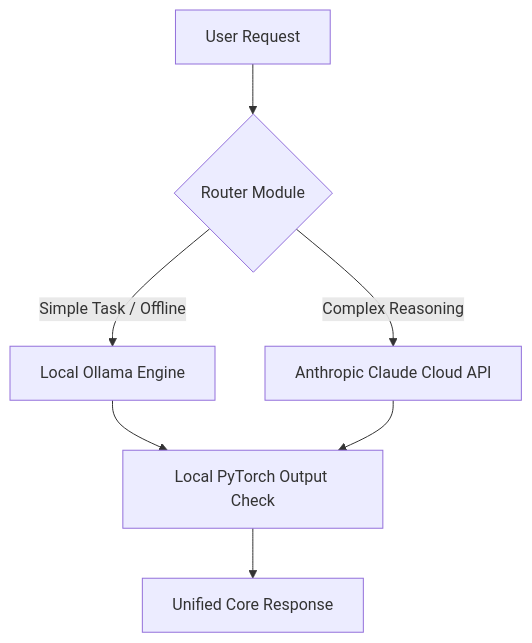
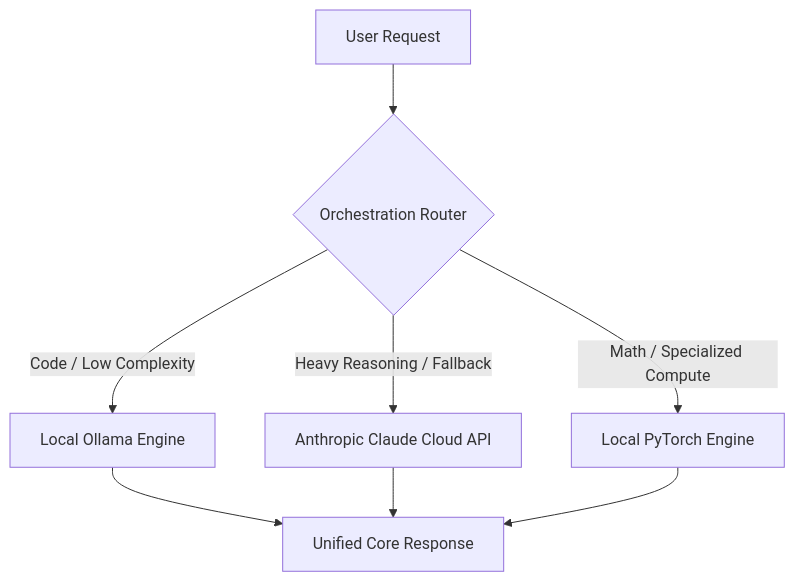
One commit to tariqansari68/LuFusionAI changed the diagram in README.md. Above: the diagram before and after it, drawn with Mermaid. The commit also changed other lines of this file, not shown here.

````diff
--- a/README.md
+++ b/README.md
@@ -18,9 +18,10 @@
 ```mermaid
 graph TD
-    A[User Request] --> B{Router Module}
-    B -->|Simple Task / Offline| C[Local Ollama Engine]
-    B -->|Complex Reasoning| D[Anthropic Claude Cloud API]
-    C --> E[Local PyTorch Output Check]
-    D --> E
-    E --> F[Unified Core Response]
+    A[User Request] --> B{Orchestration Router}
+    B -->|Code / Low Complexity| C[Local Ollama Engine]
+    B -->|Heavy Reasoning / Fallback| D[Anthropic Claude Cloud API]
+    B -->|Math / Specialized Compute| E[Local PyTorch Engine]
+    C --> F[Unified Core Response]
+    D --> F
+    E --> F
 ```
````
